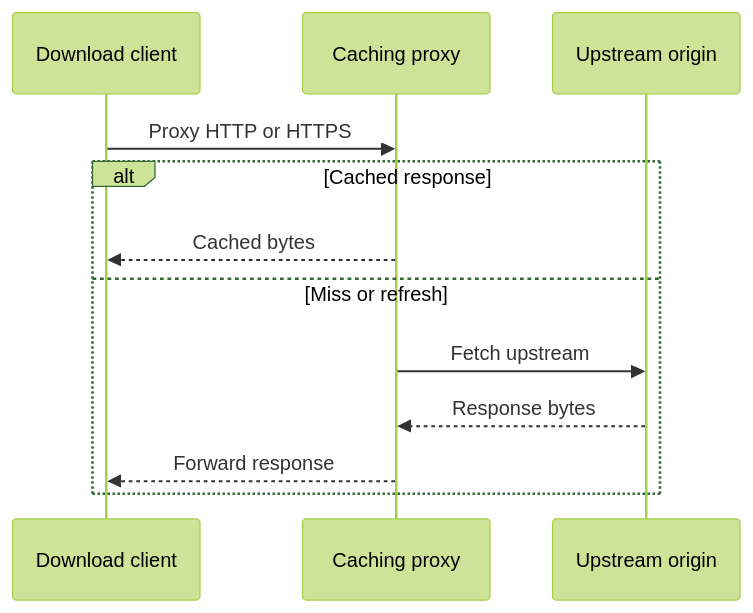
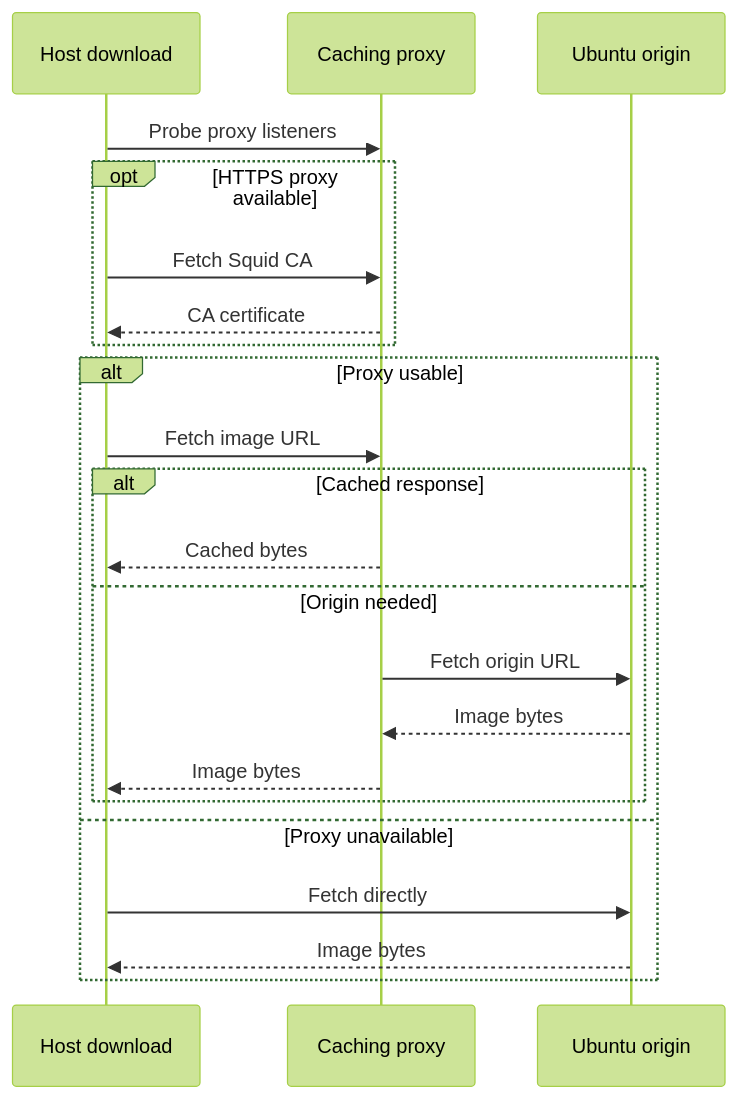
The third of 8 diagrams in docs/design/03-data-flows.md (alissonsol/yuruna), drawn with Mermaid (forest theme) before and after one commit. The commit also changed other lines of this file and 1343 other files, not shown here.

````diff
--- a/docs/design/03-data-flows.md
+++ b/docs/design/03-data-flows.md
@@ -153,14 +86,24 @@
 ```mermaid
 sequenceDiagram
-    participant yuruna-hostdownload-psm1 as Download client
+    participant yuruna-host-download-psm1 as Host download
     participant caching-proxy-service as Caching proxy
-    participant upstream-origin as Upstream origin
-    yuruna-hostdownload-psm1->>caching-proxy-service: Proxy HTTP or HTTPS
-    alt Cached response
-        caching-proxy-service-->>yuruna-hostdownload-psm1: Cached bytes
-    else Miss or refresh
-        caching-proxy-service->>upstream-origin: Fetch upstream
-        upstream-origin-->>caching-proxy-service: Response bytes
-        caching-proxy-service-->>yuruna-hostdownload-psm1: Forward response
+    participant cloud-images-ubuntu-com as Ubuntu origin
+    yuruna-host-download-psm1->>caching-proxy-service: Probe proxy listeners
+    opt HTTPS proxy available
+        yuruna-host-download-psm1->>caching-proxy-service: Fetch Squid CA
+        caching-proxy-service-->>yuruna-host-download-psm1: CA certificate
+    end
+    alt Proxy usable
+        yuruna-host-download-psm1->>caching-proxy-service: Fetch image URL
+        alt Cached response
+            caching-proxy-service-->>yuruna-host-download-psm1: Cached bytes
+        else Origin needed
+            caching-proxy-service->>cloud-images-ubuntu-com: Fetch origin URL
+            cloud-images-ubuntu-com-->>caching-proxy-service: Image bytes
+            caching-proxy-service-->>yuruna-host-download-psm1: Image bytes
+        end
+    else Proxy unavailable
+        yuruna-host-download-psm1->>cloud-images-ubuntu-com: Fetch directly
+        cloud-images-ubuntu-com-->>yuruna-host-download-psm1: Image bytes
     end
 ```
````
